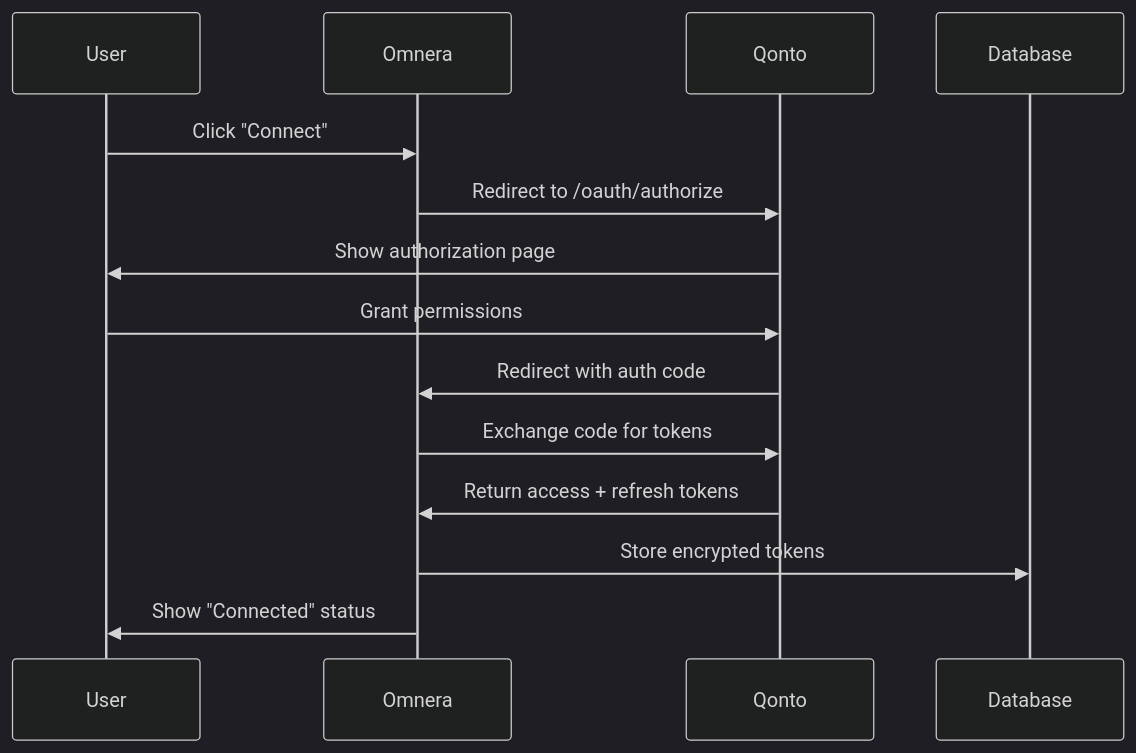
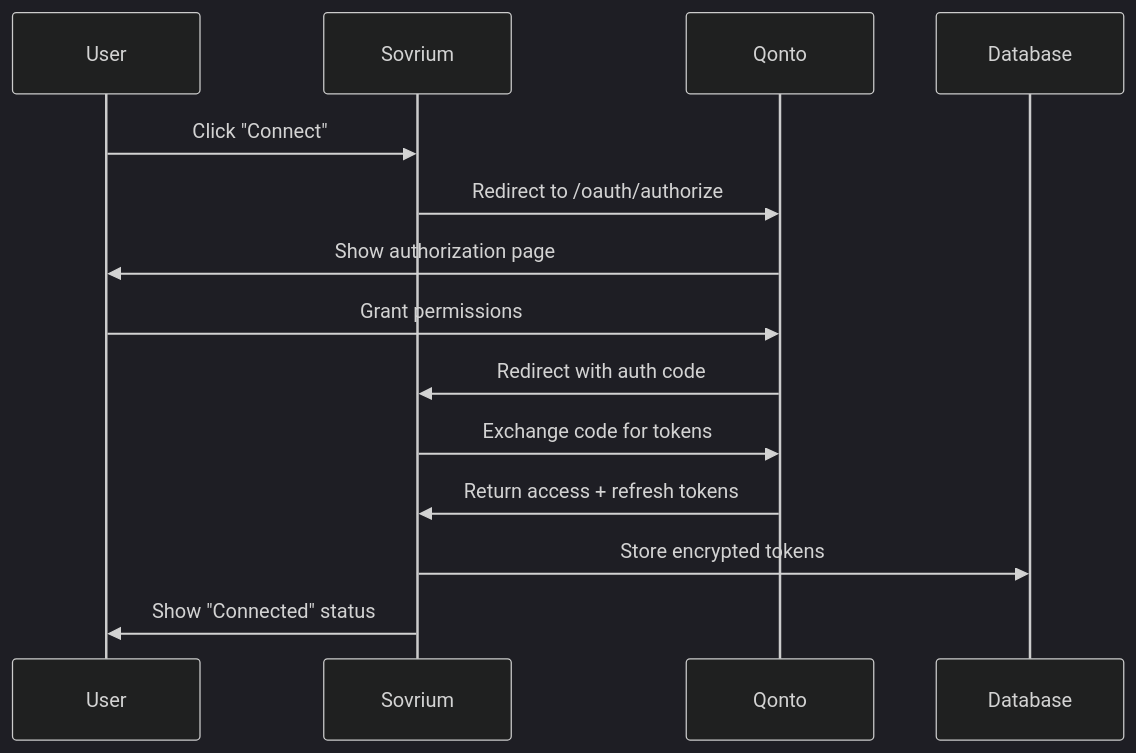
Before and after one commit to omnera-dev/omnera-v2: the diagram in specs/app/connections/qonto-connection/README.md, drawn with Mermaid (dark theme). The commit also changed other lines of this file and 218 other files, not shown here.

````diff
--- a/specs/app/connections/qonto-connection/README.md
+++ b/specs/app/connections/qonto-connection/README.md
@@ -70,12 +70,12 @@
 ```mermaid
 sequenceDiagram
-    User->>Omnera: Click "Connect"
-    Omnera->>Qonto: Redirect to /oauth/authorize
+    User->>Sovrium: Click "Connect"
+    Sovrium->>Qonto: Redirect to /oauth/authorize
     Qonto->>User: Show authorization page
     User->>Qonto: Grant permissions
-    Qonto->>Omnera: Redirect with auth code
-    Omnera->>Qonto: Exchange code for tokens
-    Qonto->>Omnera: Return access + refresh tokens
-    Omnera->>Database: Store encrypted tokens
-    Omnera->>User: Show "Connected" status
+    Qonto->>Sovrium: Redirect with auth code
+    Sovrium->>Qonto: Exchange code for tokens
+    Qonto->>Sovrium: Return access + refresh tokens
+    Sovrium->>Database: Store encrypted tokens
+    Sovrium->>User: Show "Connected" status
 ```
````
